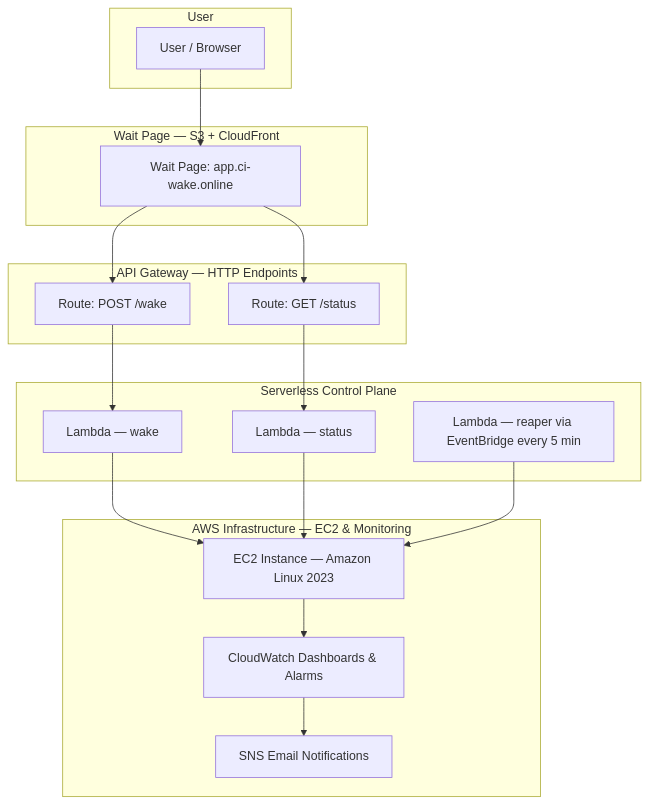
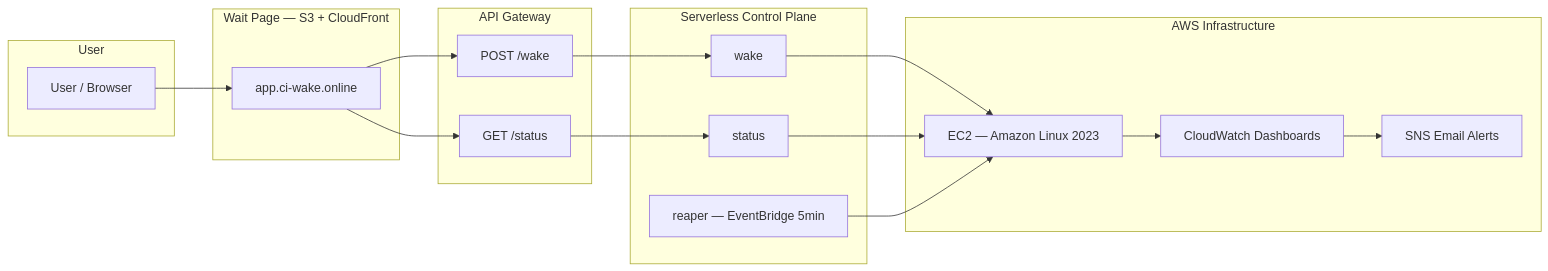
Before and after one commit to rusets/CI-CD-Pipeline-for-Application-Deployment: the diagram in README.md, drawn with Mermaid.

Commit message:
docs: enhanced README with full architecture diagram and screenshots

````diff
--- a/README.md
+++ b/README.md
@@ -35,39 +35,38 @@
 ```mermaid
-flowchart TD
+flowchart LR
   subgraph User
     U[User / Browser]
   end
 
   subgraph Frontend["Wait Page — S3 + CloudFront"]
-    W[Wait Page: app.ci-wake.online]
+    W[app.ci-wake.online]
   end
 
-  subgraph API["API Gateway — HTTP Endpoints"]
-    API1[Route: POST /wake]
-    API2[Route: GET /status]
+  subgraph API["API Gateway"]
+    API1[POST /wake]
+    API2[GET /status]
   end
 
   subgraph Lambda["Serverless Control Plane"]
-    Lwake[Lambda — wake]
-    Lstatus[Lambda — status]
-    Lreaper[Lambda — reaper via EventBridge every 5 min]
+    Lwake[wake]
+    Lstatus[status]
+    Lreaper[reaper — EventBridge 5min]
   end
 
-  subgraph Infra["AWS Infrastructure — EC2 & Monitoring"]
-    EC2[EC2 Instance — Amazon Linux 2023]
-    CW[CloudWatch Dashboards & Alarms]
-    SNS[SNS Email Notifications]
+  subgraph Infra["AWS Infrastructure"]
+    EC2[EC2 — Amazon Linux 2023]
+    CW[CloudWatch Dashboards]
+    SNS[SNS Email Alerts]
   end
 
-  %% Connections
   U --> W
   W --> API1
   W --> API2
   API1 --> Lwake
   API2 --> Lstatus
   Lwake --> EC2
   Lstatus --> EC2
   Lreaper --> EC2
   EC2 --> CW
   CW --> SNS
 ```
````
